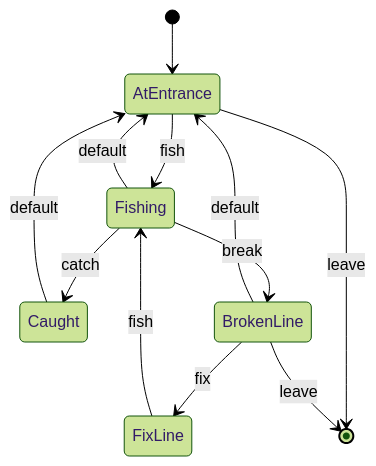
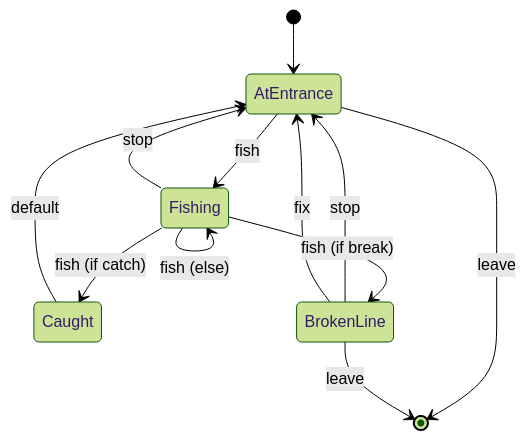
Before and after one commit to normal-devs/klicker-knight: the diagram in docs/roomHandlers/fishingRoom.md, drawn with Mermaid (forest theme). The commit also changed other lines of this file, not shown here.

Commit message:
upate diagram based on PR feedback

````diff
--- a/docs/roomHandlers/fishingRoom.md
+++ b/docs/roomHandlers/fishingRoom.md
@@ -23,19 +21,18 @@
 ```mermaid
 stateDiagram-v2
   [*] --> AtEntrance
 
   AtEntrance --> Fishing: fish
   AtEntrance --> [*]: leave
 
-  Fishing --> AtEntrance: default
-  Fishing --> Caught: catch
-  Fishing --> BrokenLine: break
+  Fishing --> AtEntrance: stop
+  Fishing --> Caught: fish (if catch)
+  Fishing --> BrokenLine: fish (if break)
+  Fishing --> Fishing: fish (else)
 
   Caught --> AtEntrance: default
 
-  BrokenLine --> AtEntrance: default
-  BrokenLine --> FixLine: fix
+  BrokenLine --> AtEntrance: stop
+  BrokenLine --> AtEntrance: fix
   BrokenLine --> [*]: leave
-
-  FixLine --> Fishing: fish
 ```
````
